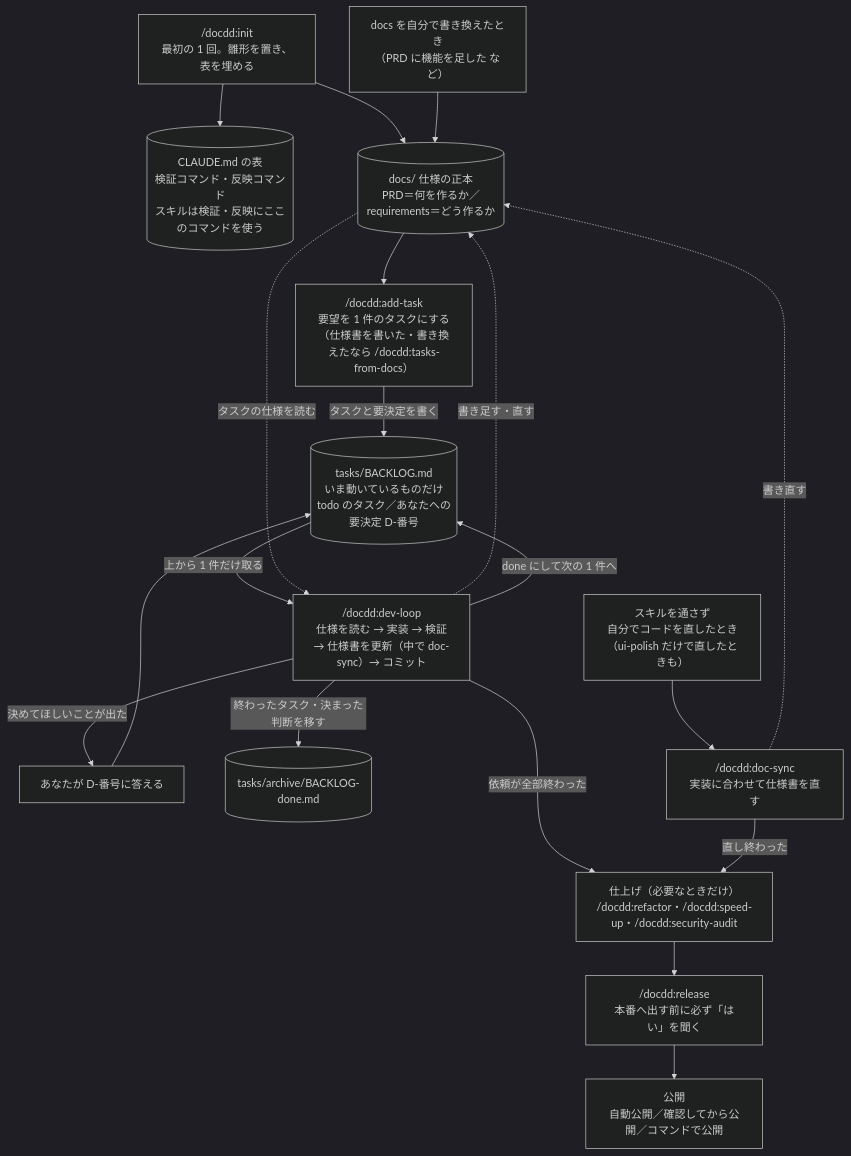
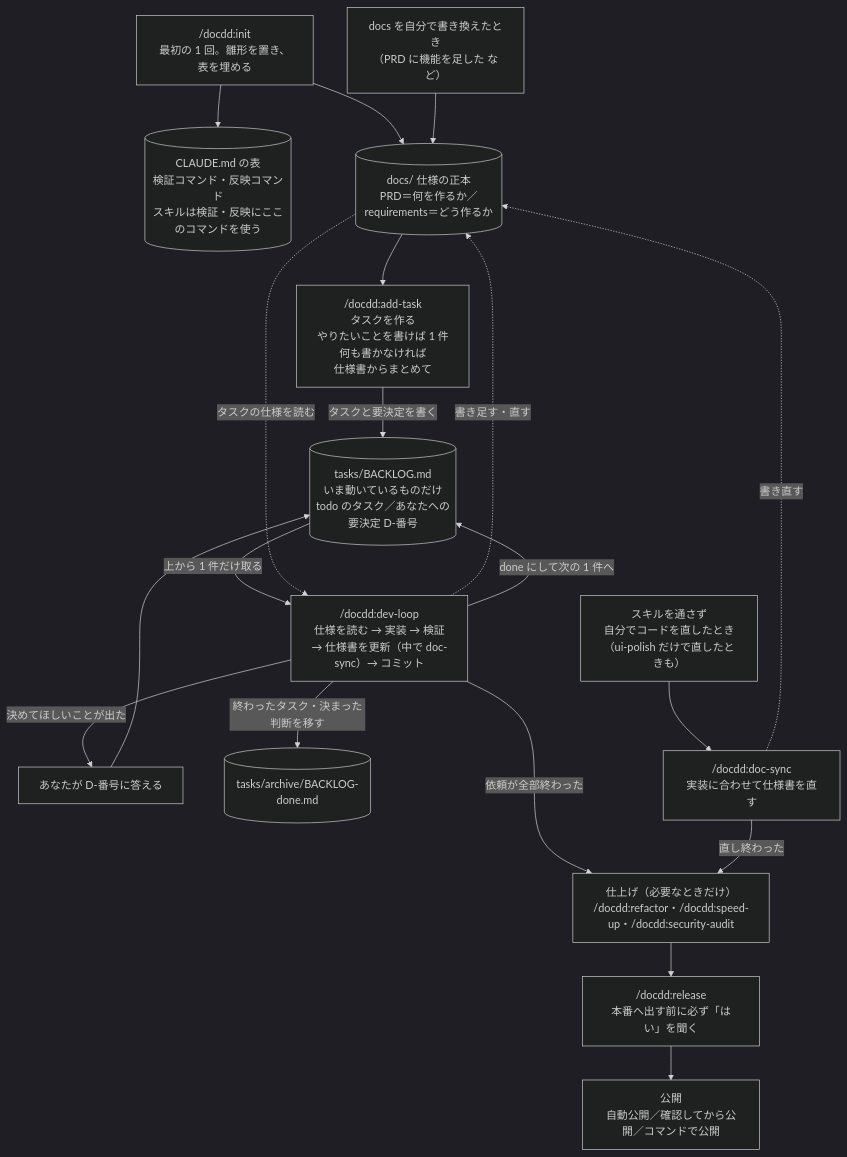
The diagram in README.md (no1013kota/claude-docdd-dev-kit), drawn with Mermaid (dark theme) before and after one commit. The commit also changed other lines of this file and 40 other files, not shown here.

First line of the commit message:
feat: tasks-from-docs を add-task にまとめる（v0.13.0）

````diff
--- a/README.md
+++ b/README.md
@@ -12,22 +12,22 @@
 ```mermaid
 flowchart TD
   I["/docdd:init<br/>最初の 1 回。雛形を置き、表を埋める"] --> C[("CLAUDE.md の表<br/>検証コマンド・反映コマンド<br/>スキルは検証・反映にここのコマンドを使う")]
   I --> S
   Y["docs を自分で書き換えたとき<br/>（PRD に機能を足した など）"] --> S
-  S[("docs/ 仕様の正本<br/>PRD＝何を作るか／requirements＝どう作るか")] --> A["/docdd:add-task<br/>要望を 1 件のタスクにする<br/>（仕様書を書いた・書き換えたなら /docdd:tasks-from-docs）"]
+  S[("docs/ 仕様の正本<br/>PRD＝何を作るか／requirements＝どう作るか")] --> A["/docdd:add-task<br/>タスクを作る<br/>やりたいことを書けば 1 件<br/>何も書かなければ<br/>仕様書からまとめて"]
   A -->|タスクと要決定を書く| B[("tasks/BACKLOG.md<br/>いま動いているものだけ<br/>todo のタスク／あなたへの要決定 D-番号")]
   B -->|上から 1 件だけ取る| D["/docdd:dev-loop<br/>仕様を読む → 実装 → 検証<br/>→ 仕様書を更新（中で doc-sync）→ コミット"]
   S -.->|タスクの仕様を読む| D
   D -.->|書き足す・直す| S
   D -->|決めてほしいことが出た| Q["あなたが D-番号に答える"]
   Q --> B
   D -->|done にして次の 1 件へ| B
   D -->|終わったタスク・決まった判断を移す| AR[("tasks/archive/BACKLOG-done.md")]
   B ~~~ X
   X["スキルを通さず<br/>自分でコードを直したとき<br/>（ui-polish だけで直したときも）"] --> DS["/docdd:doc-sync<br/>実装に合わせて仕様書を直す"]
   DS -.->|書き直す| S
   D -->|依頼が全部終わった| F["仕上げ（必要なときだけ）<br/>/docdd:refactor・/docdd:speed-up・/docdd:security-audit"]
   DS -->|直し終わった| F
   F --> R["/docdd:release<br/>本番へ出す前に必ず「はい」を聞く"]
   R --> L["公開<br/>自動公開／確認してから公開／コマンドで公開"]
 ```
````
